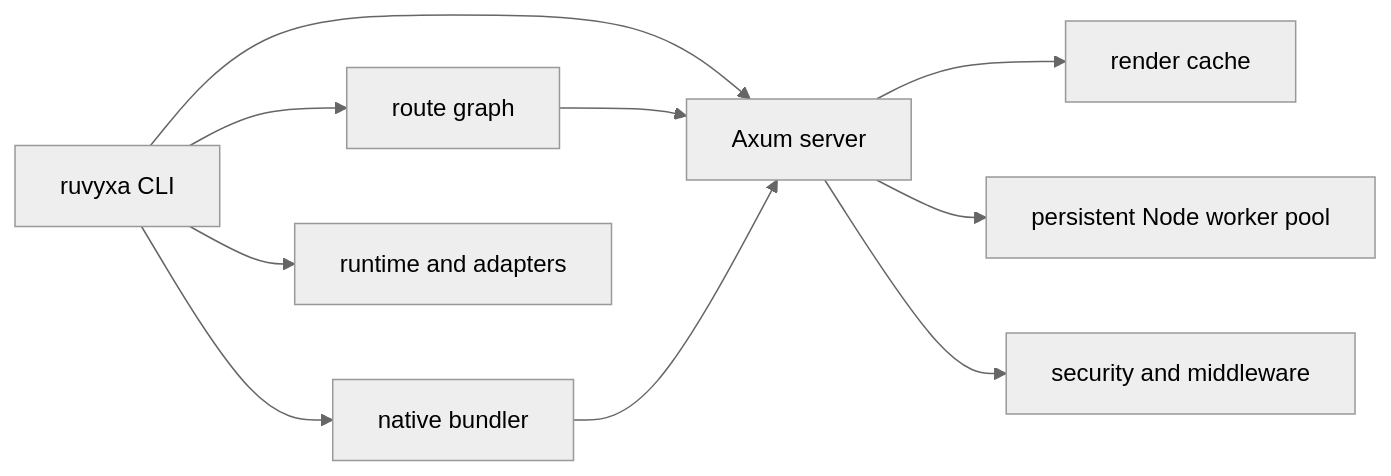
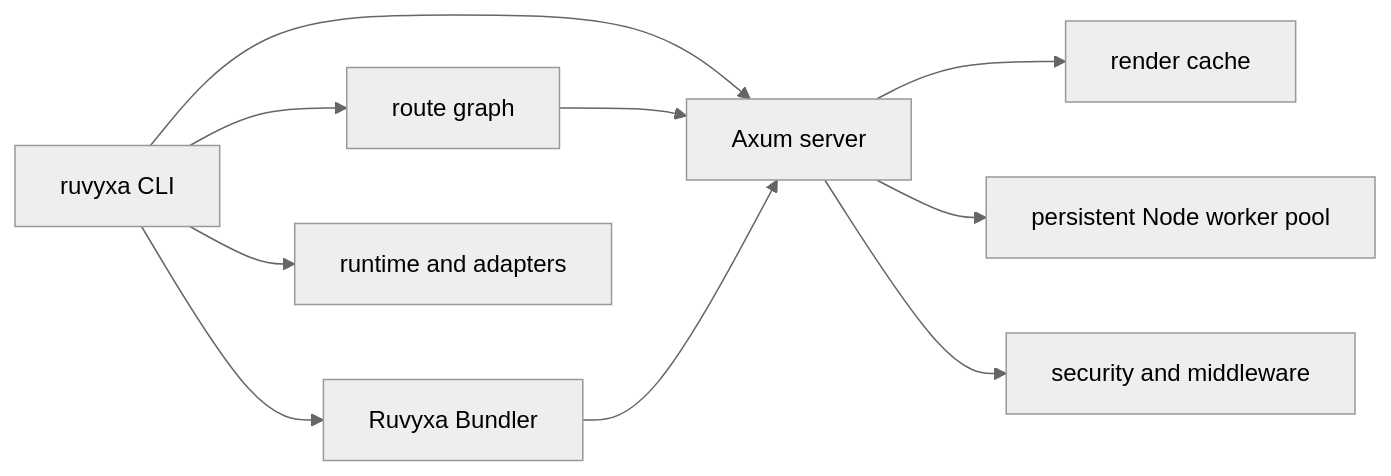
The diagram in docs/architecture/production-readiness.md (thirawat27/Ruvyxa), drawn with Mermaid (neutral theme) before and after one commit. The commit also changed 9 other files, not shown here.

First line of the commit message:
docs(bundler): rebrand native bundler references to Ruvyxa Bundler

````diff
--- a/docs/architecture/production-readiness.md
+++ b/docs/architecture/production-readiness.md
@@ -36,12 +36,12 @@
 ```mermaid
 flowchart LR
   CLI["ruvyxa CLI"] --> Graph["route graph"]
-  CLI --> Bundler["native bundler"]
+  CLI --> Bundler["Ruvyxa Bundler"]
   CLI --> Server["Axum server"]
   Graph --> Server
   Bundler --> Server
   Server --> Cache["render cache"]
   Server --> Workers["persistent Node worker pool"]
   Server --> Middleware["security and middleware"]
   CLI --> Packages["runtime and adapters"]
 ```
````
